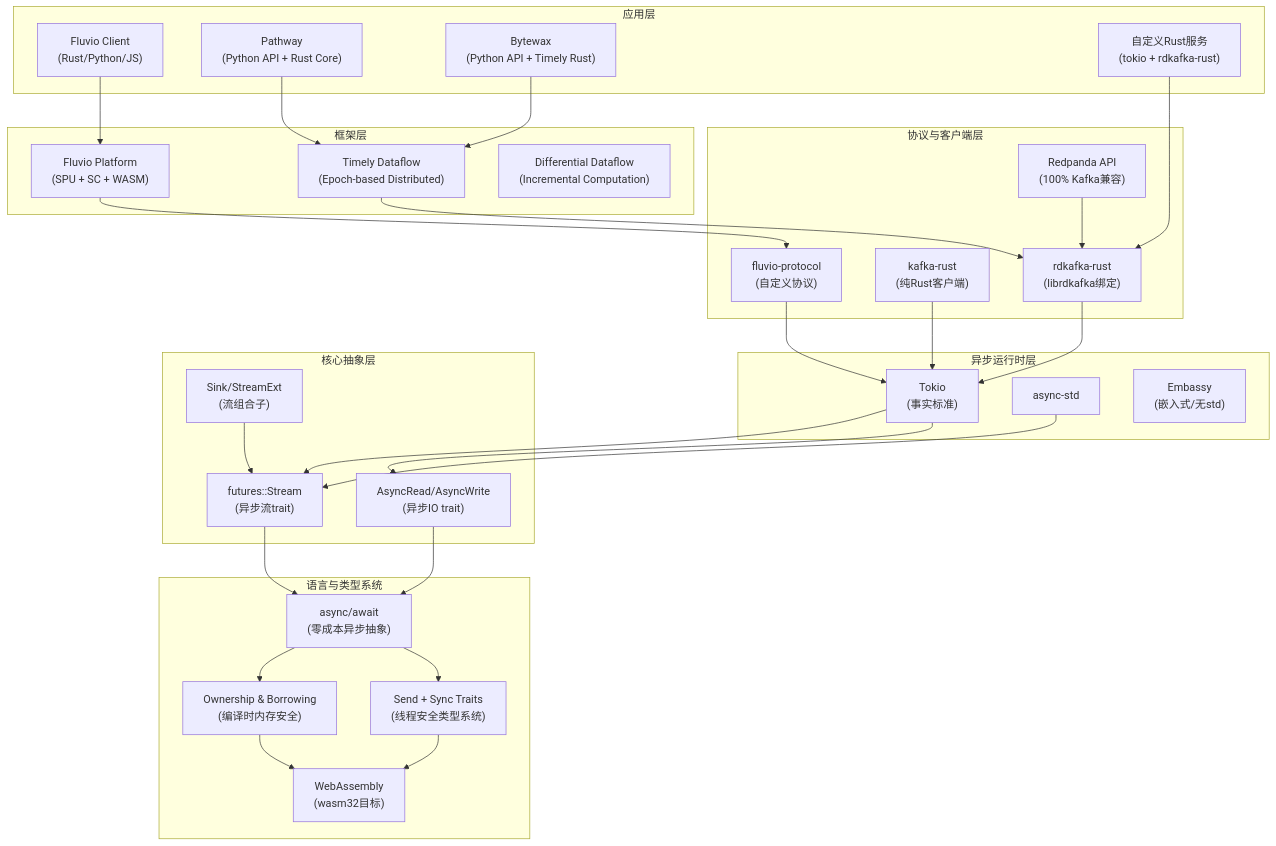
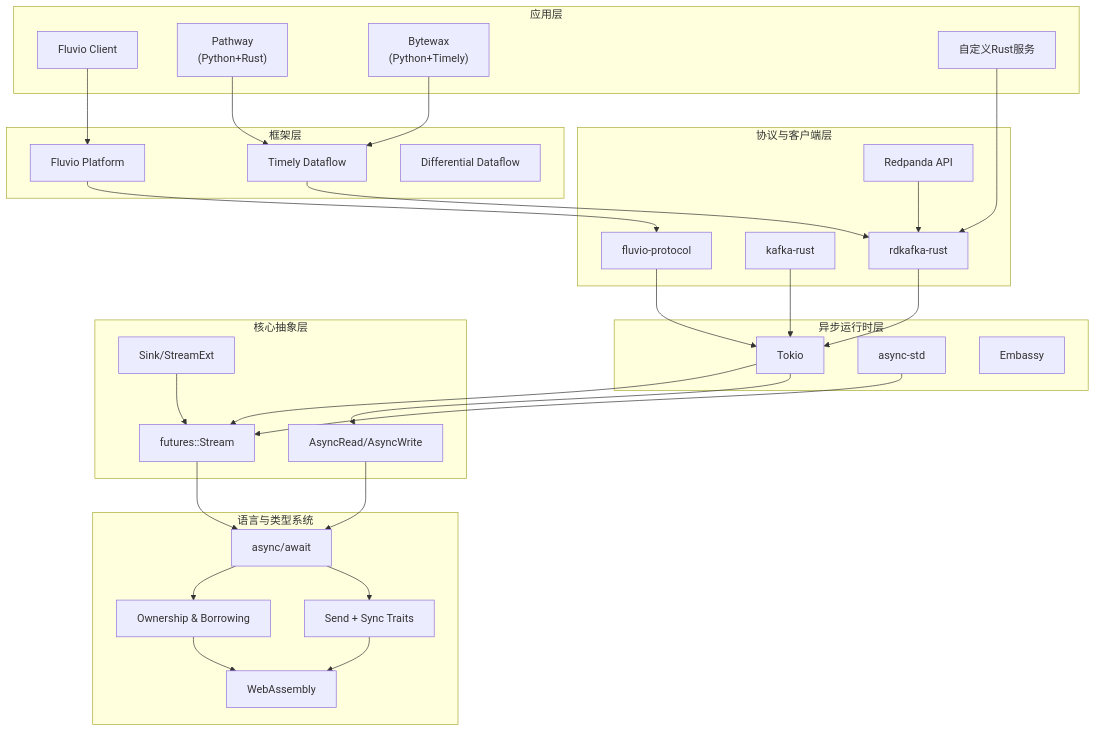
The first of 3 diagrams in TECH-STACK-POSTGRESQL-18-MULTI-LANGUAGE-STREAMING/02-language-ecosystems/02.02-rust-streaming-ecosystem.md (AdaMartin18010/AnalysisDataFlow), drawn with Mermaid before and after one commit. The commit also changed other lines of this file and 6 other files, not shown here.

````diff
--- a/TECH-STACK-POSTGRESQL-18-MULTI-LANGUAGE-STREAMING/02-language-ecosystems/02.02-rust-streaming-ecosystem.md
+++ b/TECH-STACK-POSTGRESQL-18-MULTI-LANGUAGE-STREAMING/02-language-ecosystems/02.02-rust-streaming-ecosystem.md
@@ -756,62 +717,62 @@
 ```mermaid
 graph TB
     subgraph "应用层"
-        APP1["Fluvio Client<br/>(Rust/Python/JS)"]
-        APP2["Pathway<br/>(Python API + Rust Core)"]
-        APP3["Bytewax<br/>(Python API + Timely Rust)"]
-        APP4["自定义Rust服务<br/>(tokio + rdkafka-rust)"]
+        APP1["Fluvio Client"]
+        APP2["Pathway<br/>(Python+Rust)"]
+        APP3["Bytewax<br/>(Python+Timely)"]
+        APP4["自定义Rust服务"]
     end
 
     subgraph "框架层"
-        F1["Fluvio Platform<br/>(SPU + SC + WASM)"]
-        F2["Timely Dataflow<br/>(Epoch-based Distributed)"]
-        F3["Differential Dataflow<br/>(Incremental Computation)"]
+        F1["Fluvio Platform"]
+        F2["Timely Dataflow"]
+        F3["Differential Dataflow"]
     end
 
     subgraph "协议与客户端层"
-        P1["rdkafka-rust<br/>(librdkafka绑定)"]
-        P2["kafka-rust<br/>(纯Rust客户端)"]
-        P3["fluvio-protocol<br/>(自定义协议)"]
-        P4["Redpanda API<br/>(100% Kafka兼容)"]
+        P1["rdkafka-rust"]
+        P2["kafka-rust"]
+        P3["fluvio-protocol"]
+        P4["Redpanda API"]
     end
 
     subgraph "异步运行时层"
-        R1["Tokio<br/>(事实标准)"]
+        R1["Tokio"]
         R2["async-std"]
-        R3["Embassy<br/>(嵌入式/无std)"]
+        R3["Embassy"]
     end
 
     subgraph "核心抽象层"
-        C1["futures::Stream<br/>(异步流trait)"]
-        C2["AsyncRead/AsyncWrite<br/>(异步IO trait)"]
-        C3["Sink/StreamExt<br/>(流组合子)"]
+        C1["futures::Stream"]
+        C2["AsyncRead/AsyncWrite"]
+        C3["Sink/StreamExt"]
     end
 
     subgraph "语言与类型系统"
-        L1["Ownership & Borrowing<br/>(编译时内存安全)"]
-        L2["Send + Sync Traits<br/>(线程安全类型系统)"]
-        L3["async/await<br/>(零成本异步抽象)"]
-        L4["WebAssembly<br/>(wasm32目标)"]
+        L1["Ownership & Borrowing"]
+        L2["Send + Sync Traits"]
+        L3["async/await"]
+        L4["WebAssembly"]
     end
 
     APP1 --> F1
     APP2 --> F2
     APP3 --> F2
     APP4 --> P1
     F1 --> P3
     F2 --> P1
     P1 --> R1
     P2 --> R1
     P3 --> R1
     P4 --> P1
     R1 --> C1
     R1 --> C2
     R2 --> C1
     C1 --> L3
     C2 --> L3
     C3 --> C1
     L3 --> L1
     L3 --> L2
     L1 --> L4
     L2 --> L4
 ```
````
